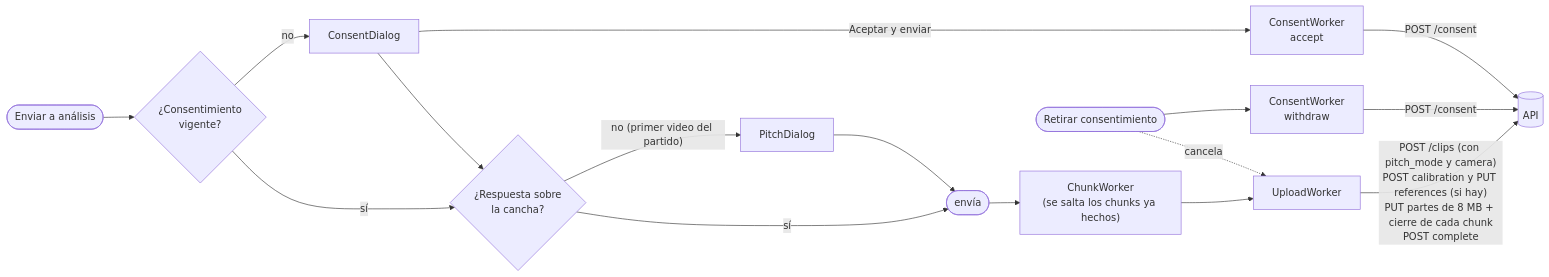
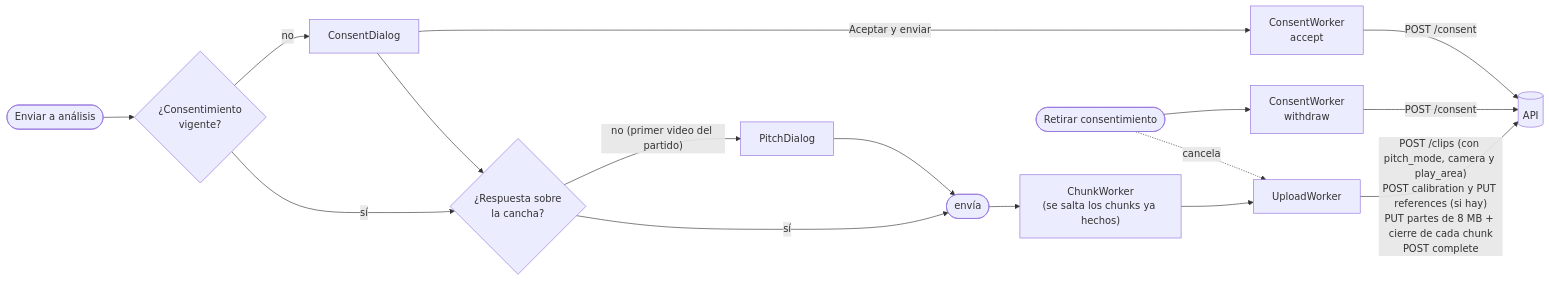
Before and after one commit to pepemxl/meta-ai-hackathon-2026: the fourth of 5 diagrams in docs/arquitectura/02-app-android.md, drawn with Mermaid. The commit also changed other lines of this file and 32 other files, not shown here.

````diff
--- a/docs/arquitectura/02-app-android.md
+++ b/docs/arquitectura/02-app-android.md
@@ -129,14 +129,14 @@
 ```mermaid
 flowchart LR
     send(["Enviar a análisis"]) --> q{"¿Consentimiento<br/>vigente?"}
     q -->|no| dlg["ConsentDialog"] -->|"Aceptar y enviar"| acc["ConsentWorker<br/>accept"]
     dlg --> pm
     q -->|sí| pm{"¿Respuesta sobre<br/>la cancha?"}
     pm -->|"no (primer video del partido)"| pdlg["PitchDialog"] --> send2(["envía"])
     pm -->|sí| send2
     send2 --> cw["ChunkWorker<br/>(se salta los chunks ya hechos)"] --> uw["UploadWorker"]
-    uw -->|"POST /clips (con pitch_mode y camera)<br/>POST calibration y PUT references (si hay)<br/>PUT partes de 8 MB + cierre de cada chunk<br/>POST complete"| api[("API")]
+    uw -->|"POST /clips (con pitch_mode, camera y play_area)<br/>POST calibration y PUT references (si hay)<br/>PUT partes de 8 MB + cierre de cada chunk<br/>POST complete"| api[("API")]
     acc -->|"POST /consent"| api
     wd(["Retirar consentimiento"]) --> wdw["ConsentWorker<br/>withdraw"] -->|"POST /consent"| api
     wd -.->|"cancela"| uw
 ```
````
